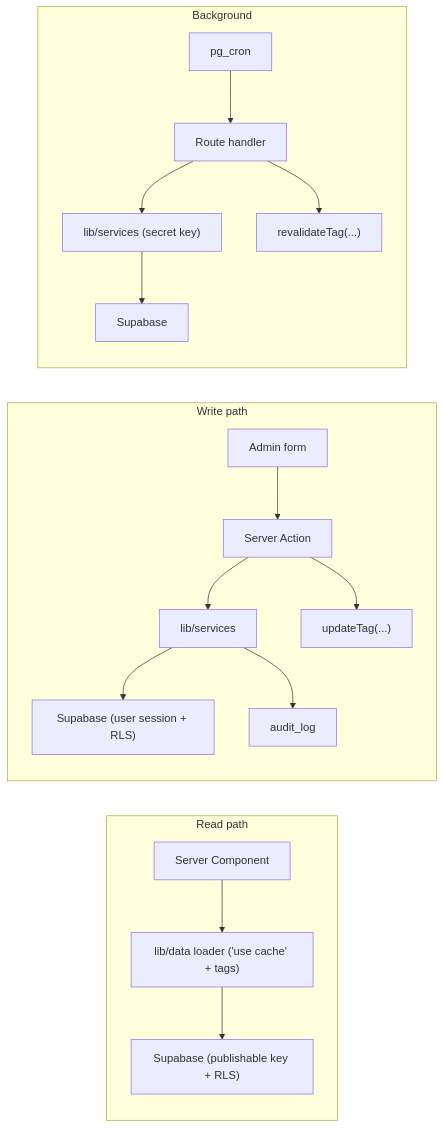
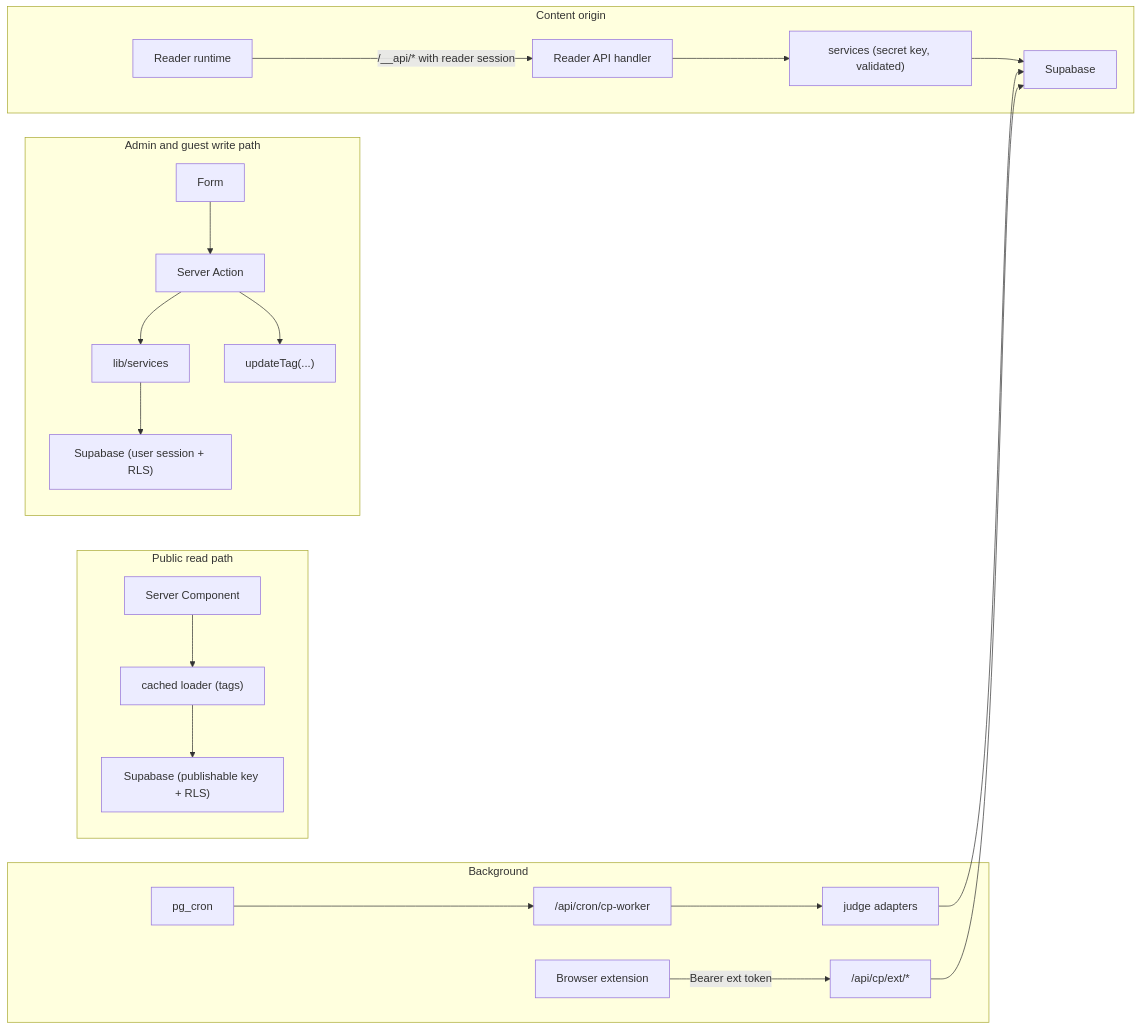
One commit to eyasir329/portfolio changed the diagram in docs/13-api-and-data-flow.md. Above: the diagram before and after it, drawn with Mermaid. The commit also changed other lines of this file and 25 other files, not shown here.

First line of the commit message:
docs: revise plan to 0.2 for HTML blog, guest accounts and 10-judge CP tracking

````diff
--- a/docs/13-api-and-data-flow.md
+++ b/docs/13-api-and-data-flow.md
@@ -108,15 +130,17 @@
 ```mermaid
 flowchart LR
-  subgraph RP["Read path"]
-    RSC["Server Component"] --> L["lib/data loader ('use cache' + tags)"] --> SBa["Supabase (publishable key + RLS)"]
+  subgraph RP["Public read path"]
+    RSC["Server Component"] --> L["cached loader (tags)"] --> SBa["Supabase (publishable key + RLS)"]
   end
-  subgraph WP["Write path"]
-    F["Admin form"] --> SA["Server Action"] --> SV["lib/services"] --> SBu["Supabase (user session + RLS)"]
-    SV --> AU["audit_log"]
+  subgraph WP["Admin and guest write path"]
+    F["Form"] --> SA["Server Action"] --> SV["lib/services"] --> SBu["Supabase (user session + RLS)"]
     SA --> INV["updateTag(...)"]
   end
+  subgraph CO["Content origin"]
+    RT["Reader runtime"] -->|"/__api/* with reader session"| RA["Reader API handler"] --> SVc["services (secret key, validated)"] --> SBs["Supabase"]
+  end
   subgraph BG["Background"]
-    CR["pg_cron"] --> RH["Route handler"] --> SV2["lib/services (secret key)"] --> SBs["Supabase"]
-    RH --> INV2["revalidateTag(...)"]
+    CR["pg_cron"] --> WK["/api/cron/cp-worker"] --> AD["judge adapters"] --> SBs
+    EXT["Browser extension"] -->|"Bearer ext token"| EI["/api/cp/ext/*"] --> SBs
   end
 ```
````
